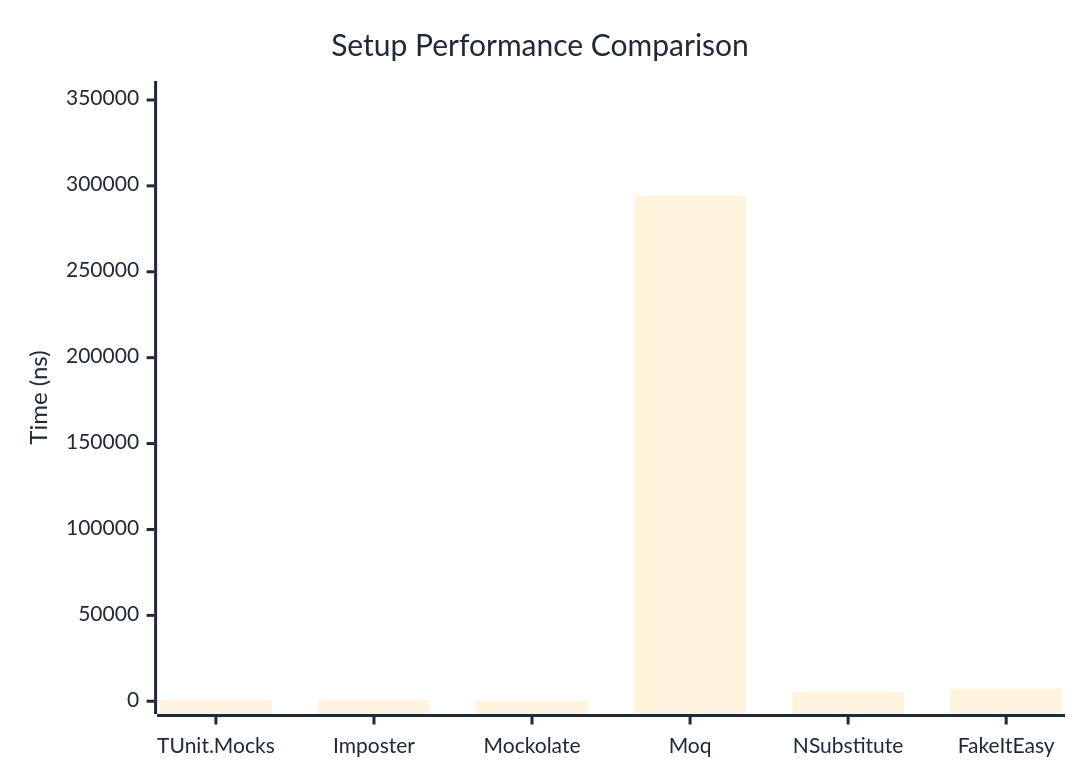
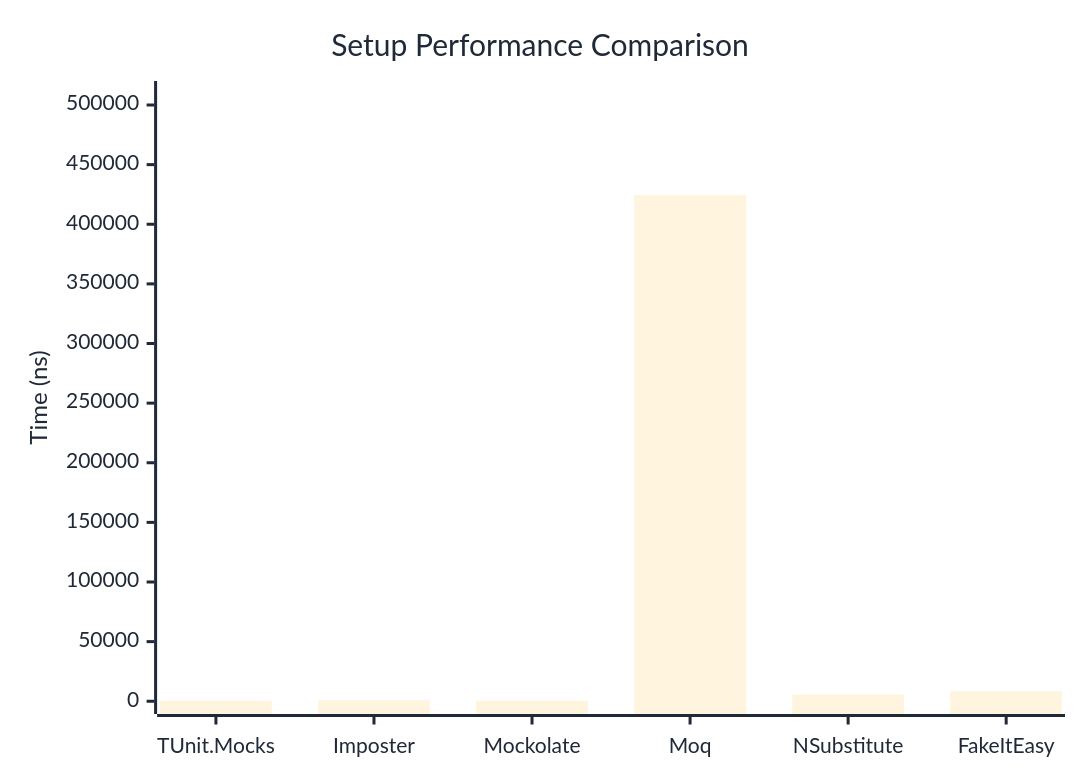
The first of 2 diagrams in docs/docs/benchmarks/mocks/Setup.md (thomhurst/TUnit), drawn with Mermaid before and after one commit. The commit also changed other lines of this file and 14 other files, not shown here.

````diff
--- a/docs/docs/benchmarks/mocks/Setup.md
+++ b/docs/docs/benchmarks/mocks/Setup.md
@@ -28,27 +28,27 @@
 ```mermaid
 %%{init: {
   'theme':'base',
   'themeVariables': {
     'primaryColor': '#2563eb',
     'primaryTextColor': '#1f2937',
     'primaryBorderColor': '#1e40af',
     'lineColor': '#6b7280',
     'secondaryColor': '#7c3aed',
     'tertiaryColor': '#dc2626',
     'background': '#ffffff',
     'pie1': '#2563eb',
     'pie2': '#7c3aed',
     'pie3': '#dc2626',
     'pie4': '#f59e0b',
     'pie5': '#10b981',
     'pie6': '#06b6d4',
     'pie7': '#ec4899',
     'pie8': '#6366f1'
   }
 }}%%
 xychart-beta
   title "Setup Performance Comparison"
   x-axis ["TUnit.Mocks", "Imposter", "Mockolate", "Moq", "NSubstitute", "FakeItEasy"]
-  y-axis "Time (ns)" 0 --> 353624
-  bar [564.8, 798.2, 477.8, 294686.5, 5278.8, 7246.1]
+  y-axis "Time (ns)" 0 --> 509440
+  bar [442.6, 816.7, 451.6, 424533.3, 5580.8, 8265.3]
 ```
````
